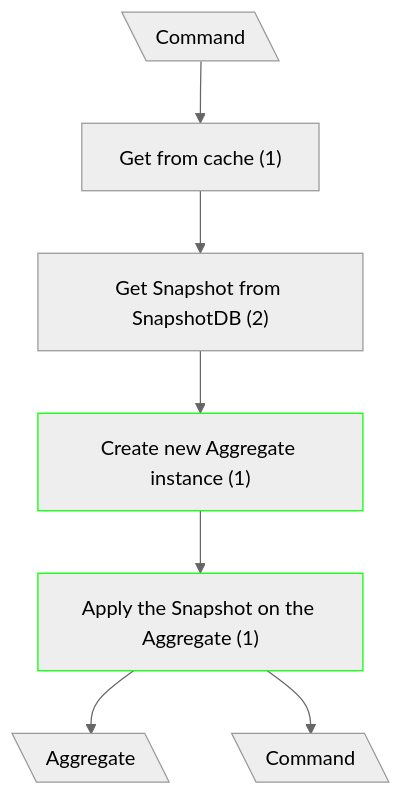
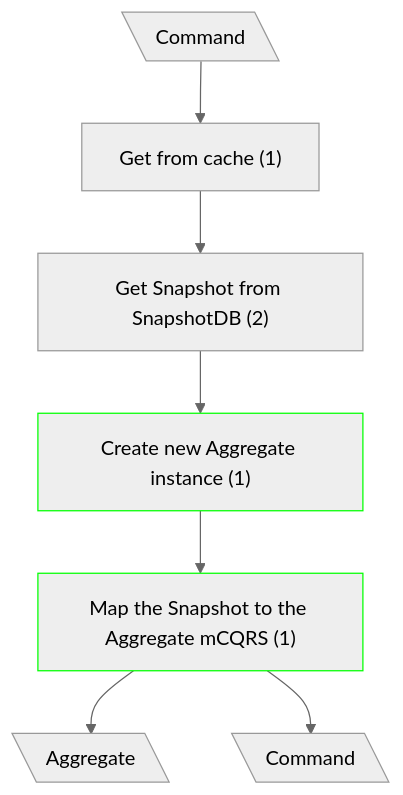
One commit to dmitryhruzin/CQRS-variations-test changed the fifth of 9 diagrams in docs/CF Complexity/update.md. Above: the diagram before and after it, drawn with Mermaid (neutral theme). The commit also changed other lines of this file and 5 other files, not shown here.

Commit message:
docs: update classical CQRS update flow

````diff
--- a/docs/CF Complexity/update.md
+++ b/docs/CF Complexity/update.md
@@ -110,11 +112,11 @@
 ```mermaid
 flowchart TD
   classDef mod stroke:#0f0
   A@{ shape: lean-l, label: "Command" }
   A --> B["Get from cache (1)"]
   B --> C["Get Snapshot from SnapshotDB (2)"]
   C --> D["Create new Aggregate instance (1)"]
-  D:::mod --> E["Apply the Snapshot on the Aggregate (1)"]
+  D:::mod --> E["Map the Snapshot to the Aggregate mCQRS (1)"]
   E:::mod --> I@{ shape: lean-l, label: "Aggregate" }
   E --> J@{ shape: lean-l, label: "Command" }
 ```
````
